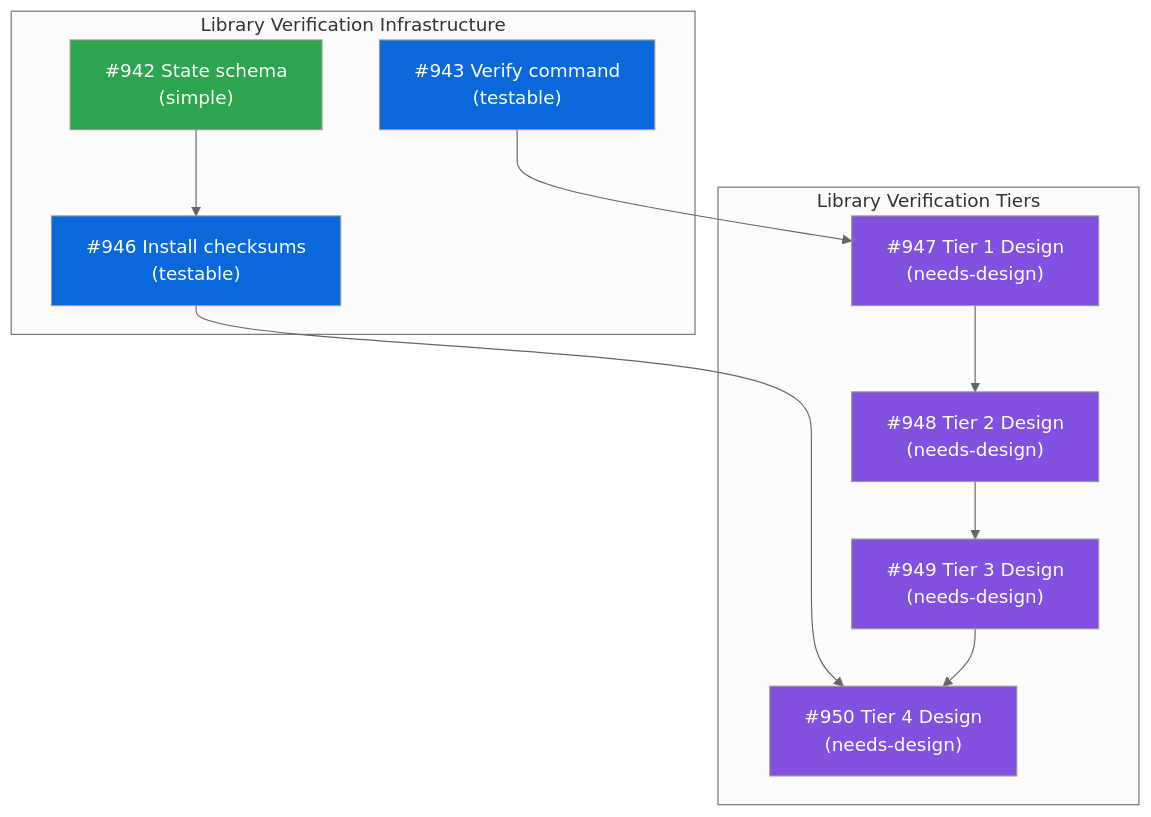
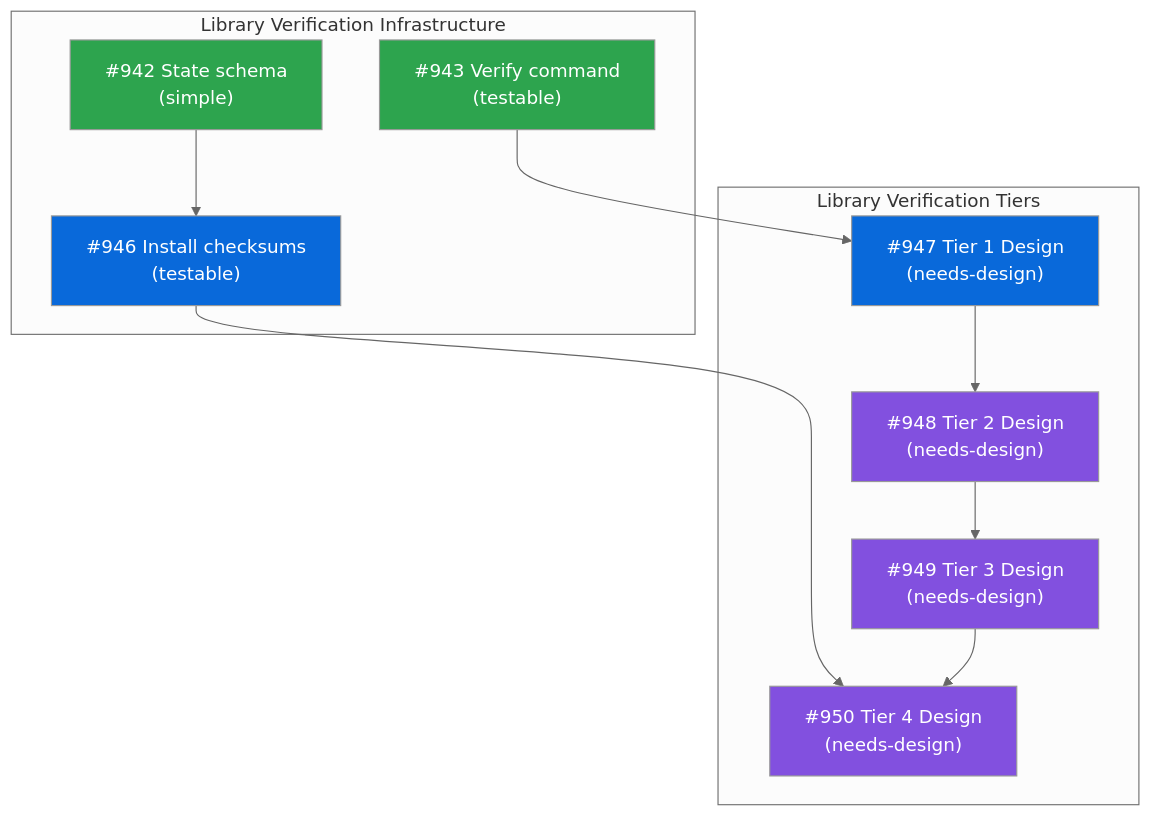
One commit to tsukumogami/tsuku changed the diagram in docs/designs/DESIGN-library-verification.md. Above: the diagram before and after it, drawn with Mermaid (neutral theme). The commit also changed 1 other file, not shown here.

Commit message:
feat(verify): add library type detection and flag routing (#959)
Add library verification support to the verify command with type
detection
and flag routing. When a library recipe is detected via
`Recipe.IsLibrary()`,
the command routes to library-specific verification instead of tool
verification.

New flags:
- `--integrity`: Enable checksum verification (Level 4)
- `--skip-dlopen`: Skip dlopen load testing (Level 3)

The implementation provides a stub that verifies the library directory
exists.
Full tiered verification will be implemented in downstream issues.

````diff
--- a/docs/designs/DESIGN-library-verification.md
+++ b/docs/designs/DESIGN-library-verification.md
@@ -17,27 +17,27 @@
 ```mermaid
 graph TD
     subgraph Infrastructure["Library Verification Infrastructure"]
         I942["#942 State schema<br/>(simple)"]:::done
-        I943["#943 Verify command<br/>(testable)"]:::ready
+        I943["#943 Verify command<br/>(testable)"]:::done
         I946["#946 Install checksums<br/>(testable)"]:::ready
     end
 
     subgraph Tiers["Library Verification Tiers"]
-        I947["#947 Tier 1 Design<br/>(needs-design)"]:::needsdesign
+        I947["#947 Tier 1 Design<br/>(needs-design)"]:::ready
         I948["#948 Tier 2 Design<br/>(needs-design)"]:::needsdesign
         I949["#949 Tier 3 Design<br/>(needs-design)"]:::needsdesign
         I950["#950 Tier 4 Design<br/>(needs-design)"]:::needsdesign
     end
 
     I942 --> I946
     I943 --> I947
     I947 --> I948
     I948 --> I949
     I946 --> I950
     I949 --> I950
 
     classDef done fill:#2da44e,color:white
     classDef ready fill:#0969da,color:white
     classDef blocked fill:#d4a72c,color:white
     classDef needsdesign fill:#8250df,color:white
 ```
````
